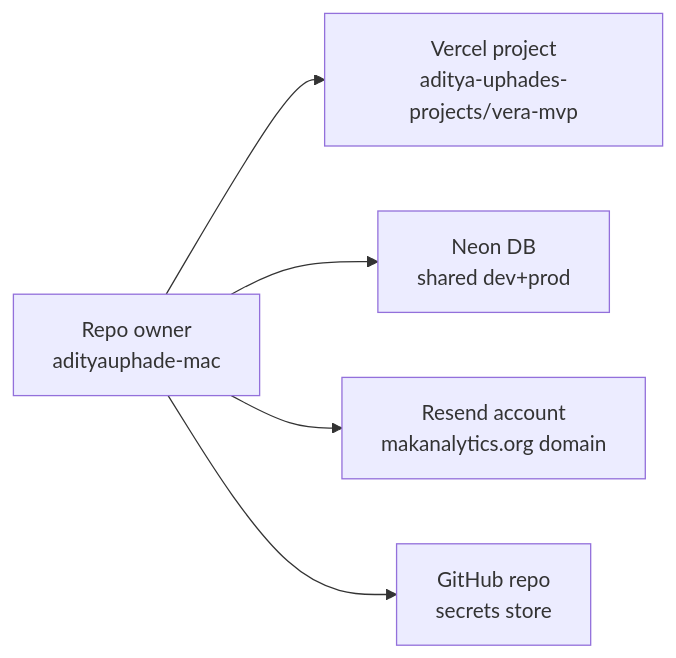
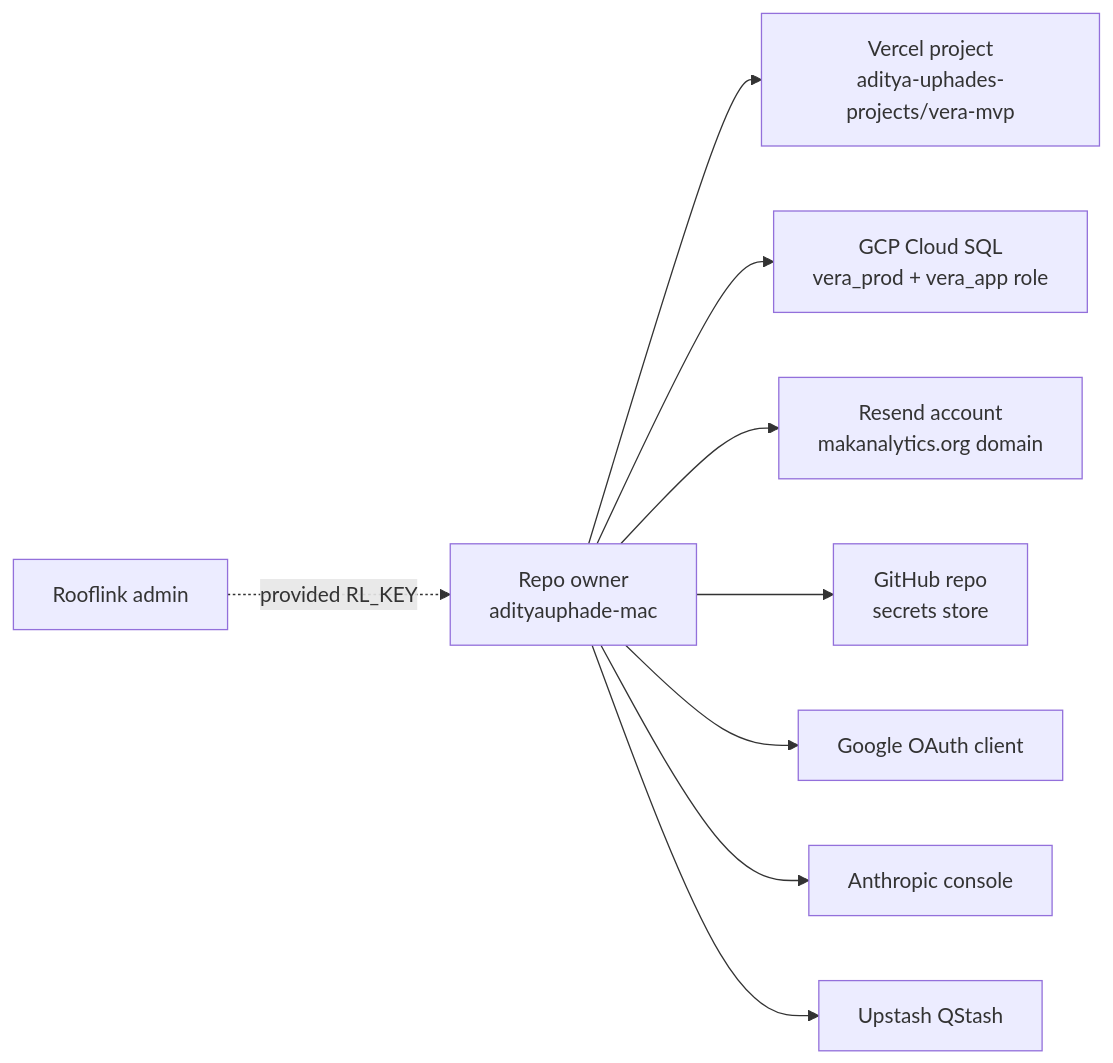
Before and after one commit to MakAnalyticsProjects/vera-mvp: the diagram in docs/SECURITY.md, drawn with Mermaid. The commit also changed other lines of this file and 25 other files, not shown here.

````diff
--- a/docs/SECURITY.md
+++ b/docs/SECURITY.md
@@ -11,13 +12,21 @@
 ```mermaid
 flowchart LR
     Owner[Repo owner<br/>adityauphade-mac]
     Vercel[Vercel project<br/>aditya-uphades-projects/vera-mvp]
-    Neon[Neon DB<br/>shared dev+prod]
+    GCP[GCP Cloud SQL<br/>vera_prod + vera_app role]
     Resend[Resend account<br/>makanalytics.org domain]
     GH[GitHub repo<br/>secrets store]
+    GoogleOAuth[Google OAuth client]
+    Anthropic[Anthropic console]
+    Upstash[Upstash QStash]
+    Rooflink[Rooflink admin]
 
     Owner --> Vercel
-    Owner --> Neon
+    Owner --> GCP
     Owner --> Resend
     Owner --> GH
+    Owner --> GoogleOAuth
+    Owner --> Anthropic
+    Owner --> Upstash
+    Rooflink -.->|provided RL_KEY| Owner
 ```
````
